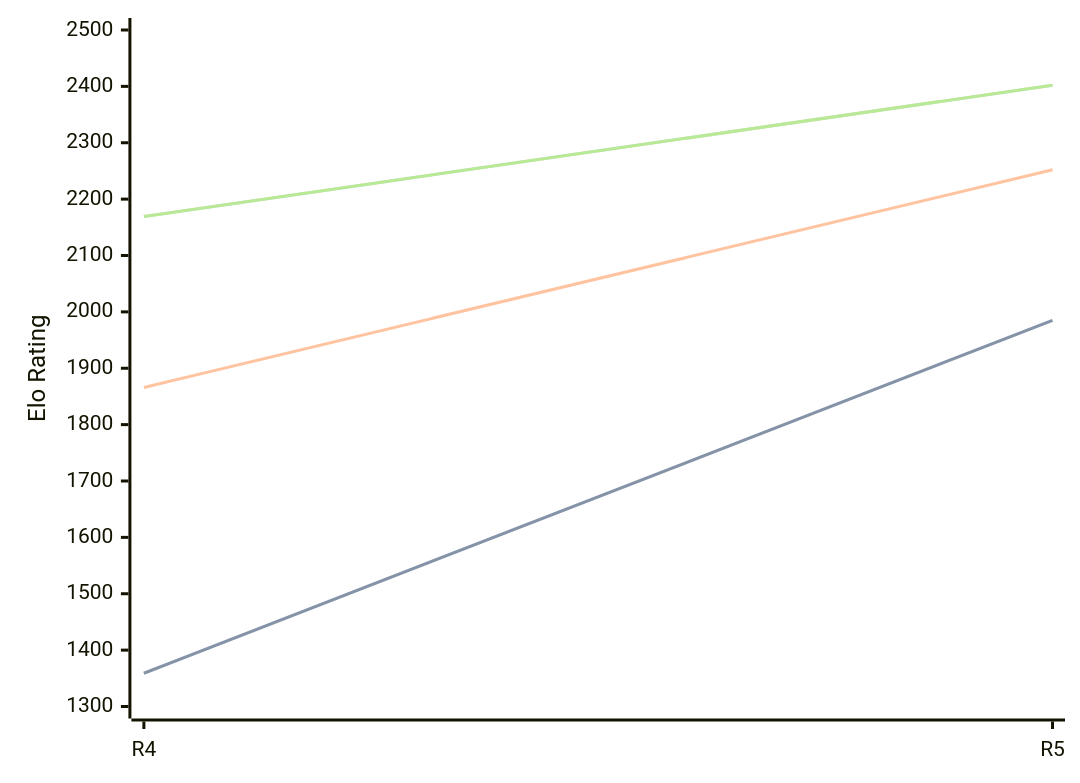
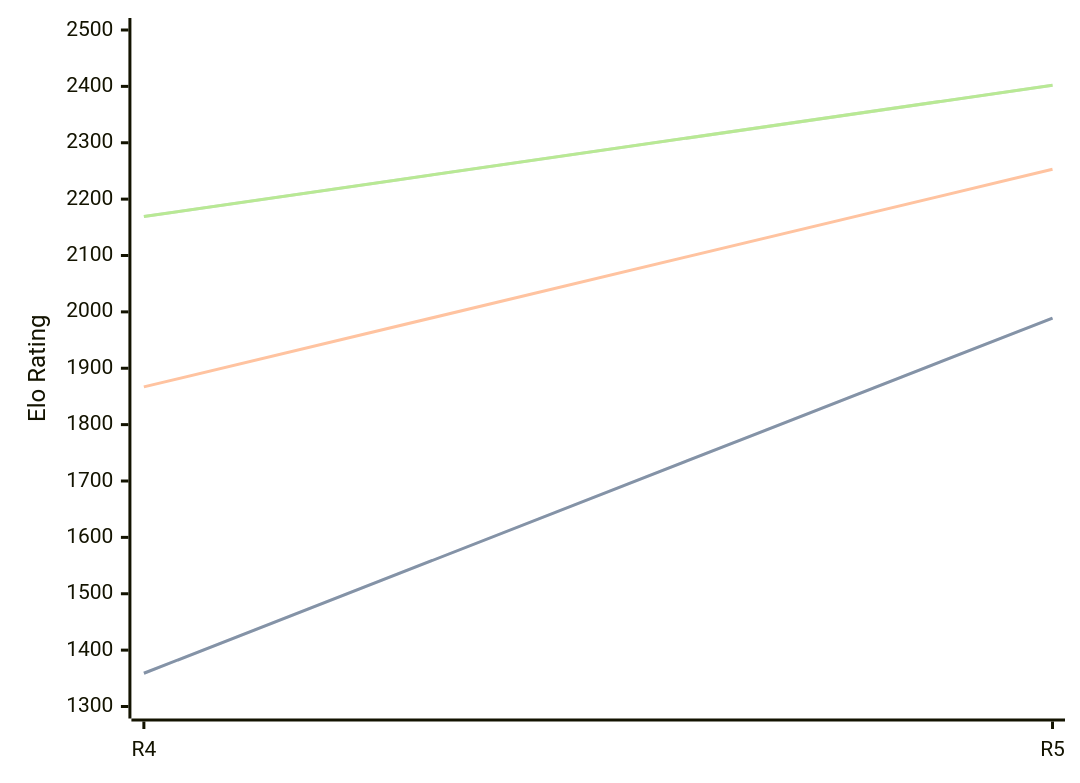
The diagram in engines/Viking.md (computer-chess-index/cci), drawn with Mermaid before and after one commit. The commit also changed other lines of this file, not shown here.

````diff
--- a/engines/Viking.md
+++ b/engines/Viking.md
@@ -35,11 +35,11 @@
 ```mermaid
 %%{init: {"theme":"base","themeVariables":{"seriesColors:['#a3a3a3','#222221','#faa371']}}}%%
 xychart-beta
   x-axis ["R4", "R5"]
   y-axis "Elo Rating" 1300 --> 2500
-  line "STC (8.0+0.08s)" [1359, 1985]
-  line "STC (8.0+0.08s)" [1359, 1985]
-  line "LTC (60.0+0.60s)" [1866, 2252]
+  line "STC (8.0+0.08s)" [1359, 1989]
+  line "STC (8.0+0.08s)" [1359, 1989]
+  line "LTC (60.0+0.60s)" [1867, 2253]
   line "VLTC (2m24s+1.12s)" [2169, 2402]
   line "VLTC (2m24s+1.12s)" [2169, 2402]
 ```
````
